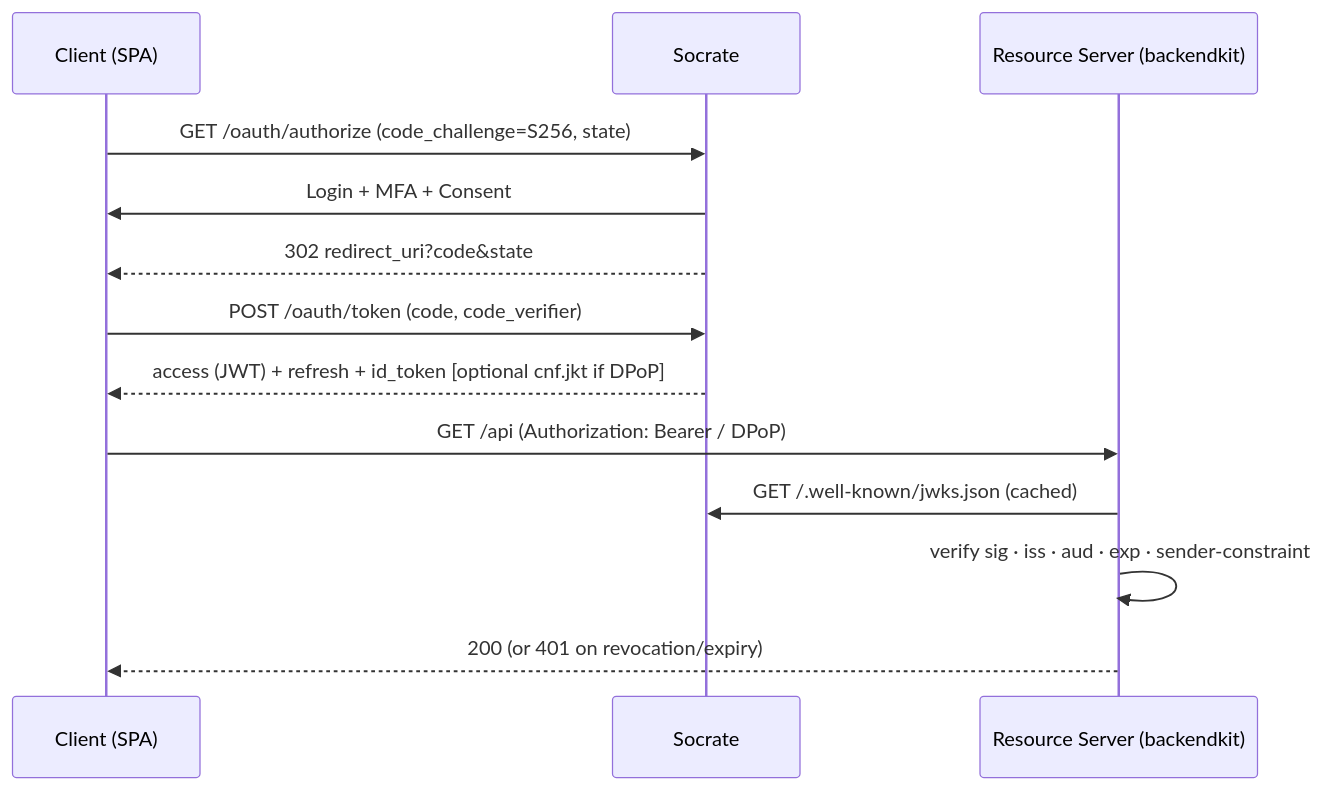
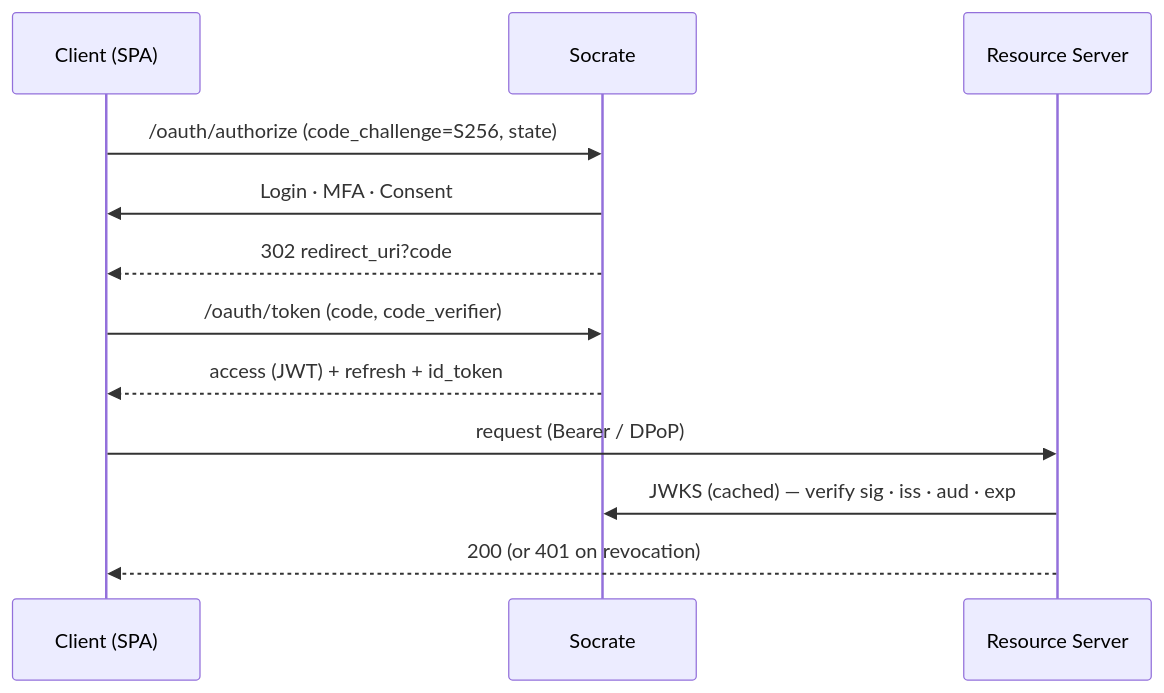
The second of 3 diagrams in README.md (ovander/go-oauth2), drawn with Mermaid before and after one commit. The commit also changed other lines of this file, not shown here.

````diff
--- a/README.md
+++ b/README.md
@@ -211,16 +204,14 @@
 ```mermaid
 sequenceDiagram
     participant C as Client (SPA)
     participant S as Socrate
-    participant R as Resource Server (backendkit)
-
-    C->>S: GET /oauth/authorize (code_challenge=S256, state)
-    S->>C: Login + MFA + Consent
-    S-->>C: 302 redirect_uri?code&state
-    C->>S: POST /oauth/token (code, code_verifier)
-    S-->>C: access (JWT) + refresh + id_token  [optional cnf.jkt if DPoP]
-    C->>R: GET /api (Authorization: Bearer / DPoP)
-    R->>S: GET /.well-known/jwks.json  (cached)
-    R->>R: verify sig · iss · aud · exp · sender-constraint
-    R-->>C: 200 (or 401 on revocation/expiry)
+    participant R as Resource Server
+    C->>S: /oauth/authorize (code_challenge=S256, state)
+    S->>C: Login · MFA · Consent
+    S-->>C: 302 redirect_uri?code
+    C->>S: /oauth/token (code, code_verifier)
+    S-->>C: access (JWT) + refresh + id_token
+    C->>R: request (Bearer / DPoP)
+    R->>S: JWKS (cached) — verify sig · iss · aud · exp
+    R-->>C: 200 (or 401 on revocation)
 ```
````
